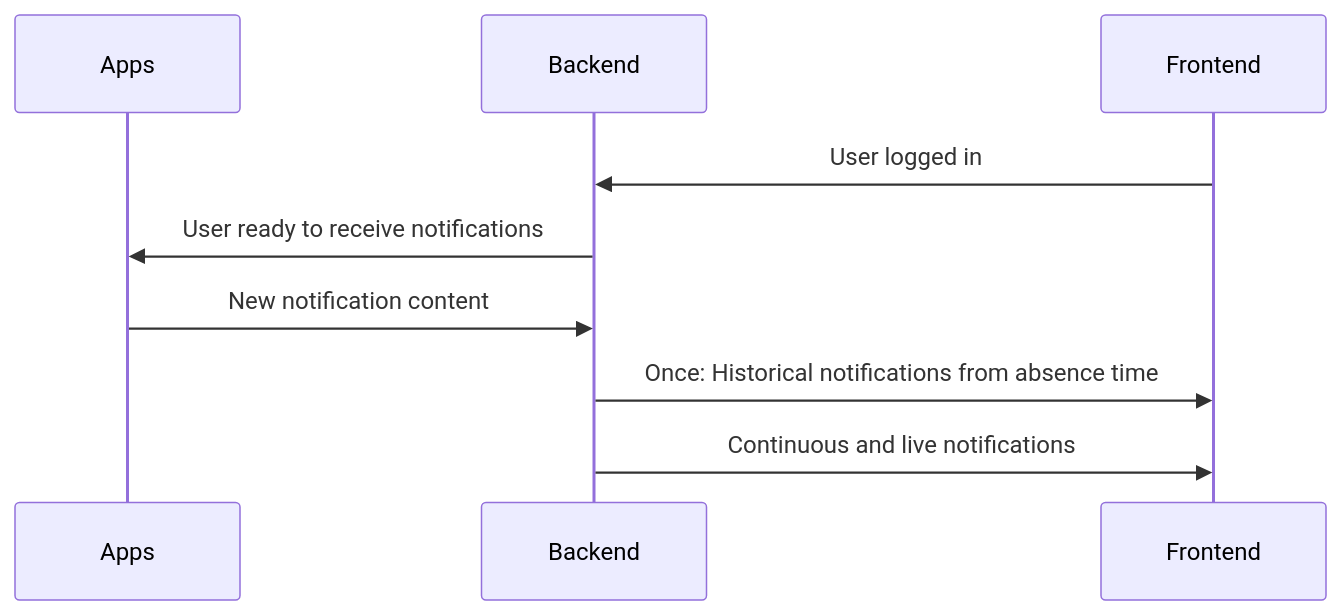
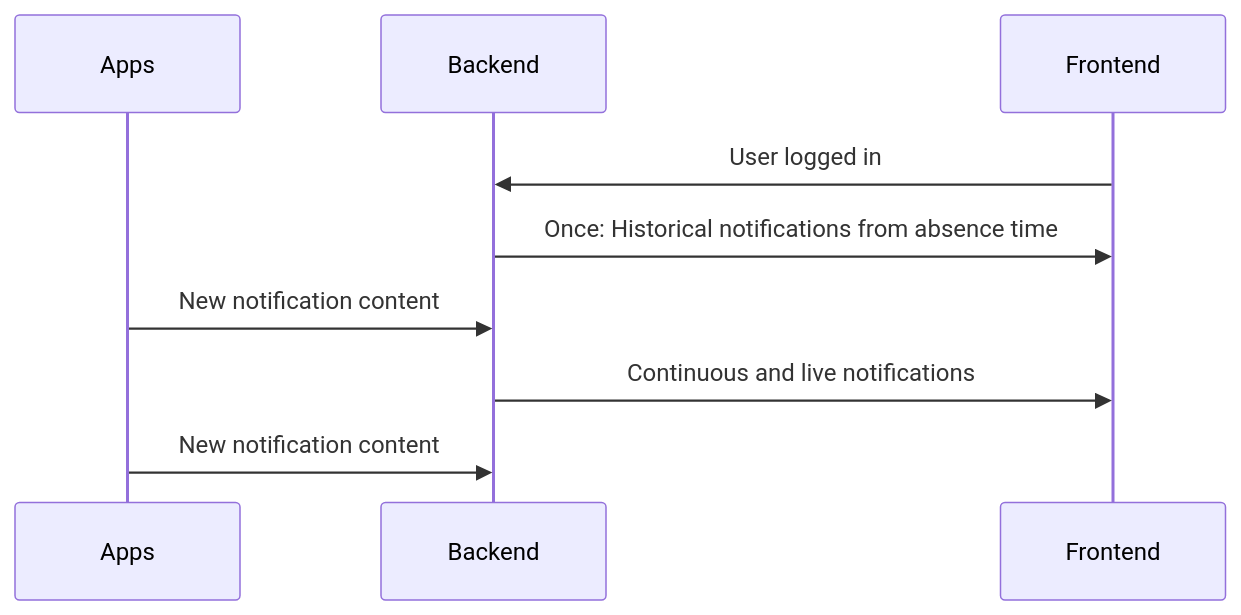
The diagram in doc/concepts/10_architecture.md (univention/univention-portal), drawn with Mermaid before and after one commit. The commit also changed other lines of this file and 4 other files, not shown here.

````diff
--- a/doc/concepts/10_architecture.md
+++ b/doc/concepts/10_architecture.md
@@ -37,13 +37,13 @@
 ```mermaid
 
 sequenceDiagram
     participant Apps
     participant Backend
     participant Frontend
     Frontend->>Backend: User logged in
-    Backend->>Apps: User ready to receive notifications
+    Backend->>Frontend:  Once: Historical notifications from absence time
     Apps->> Backend: New notification content
-    Backend->>Frontend:  Once: Historical notifications from absence time
     Backend->>Frontend:  Continuous and live notifications
+    Apps->> Backend: New notification content
 
 ```
````
